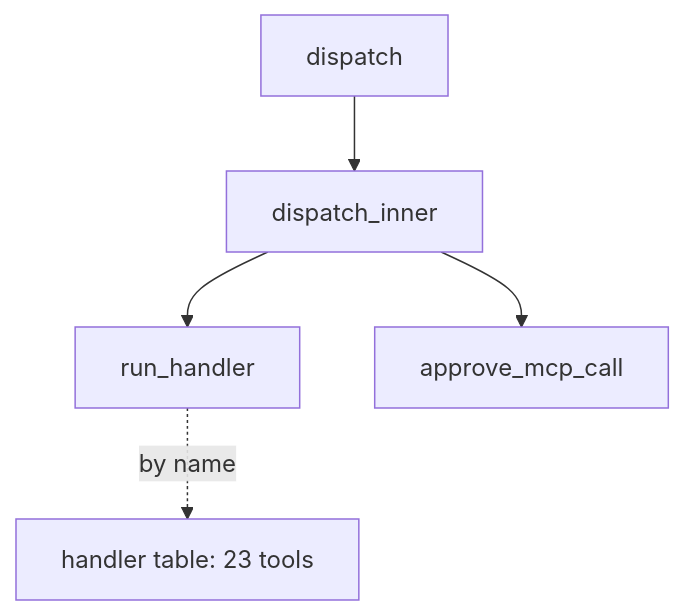
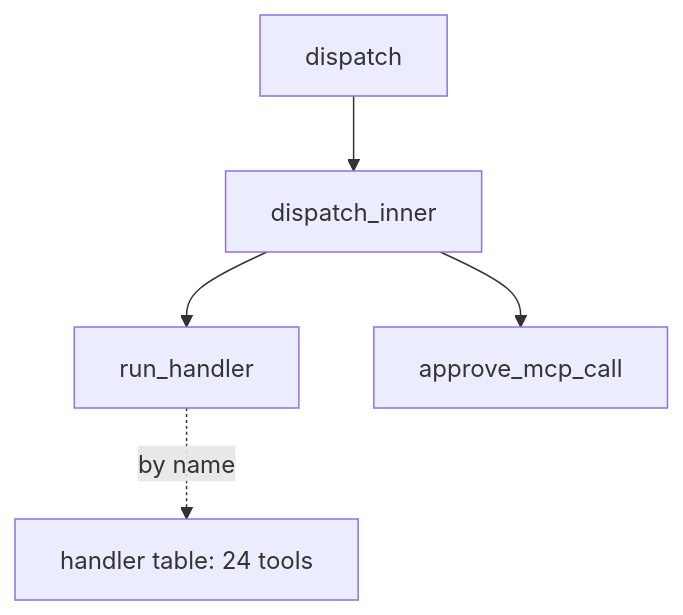
Before and after one commit to agent6-dev/agent6: the fifth of 6 diagrams in docs/architecture.md, drawn with Mermaid. The commit also changed other lines of this file and 19 other files, not shown here.

````diff
--- a/docs/architecture.md
+++ b/docs/architecture.md
@@ -498,12 +498,12 @@
 ```mermaid
 graph TD
     n_dispatch["dispatch"]
     n_dispatch_inner["dispatch_inner"]
     n_run_handler["run_handler"]
     n_approve_mcp_call["approve_mcp_call"]
     n_dispatch_inner --> n_approve_mcp_call
     n_dispatch_inner --> n_run_handler
     n_dispatch --> n_dispatch_inner
-    n_table["handler table: 23 tools"]
+    n_table["handler table: 24 tools"]
     n_run_handler -.->|by name| n_table
 ```
````
